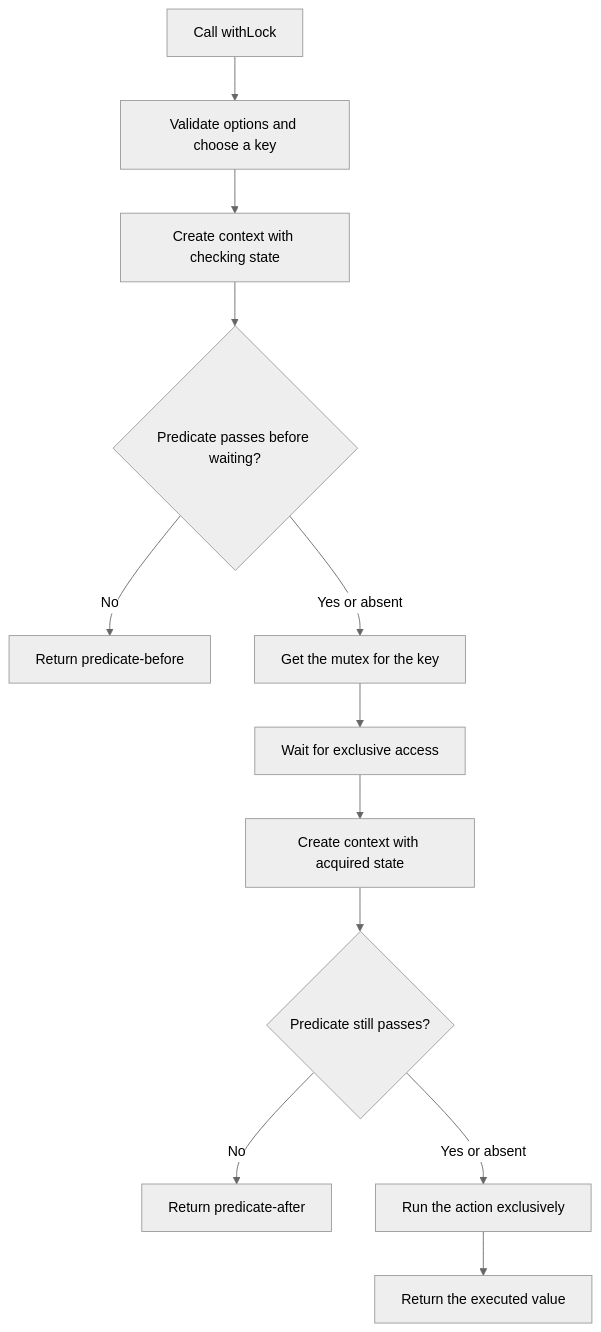
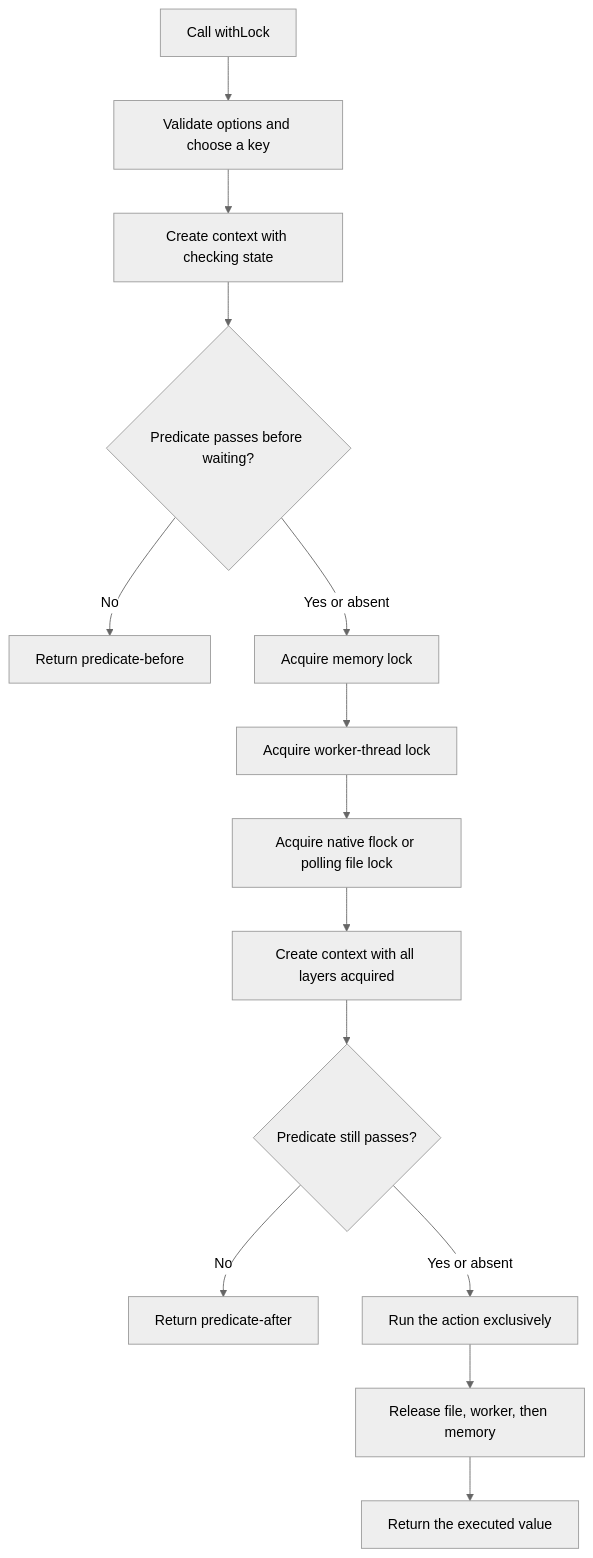
Before and after one commit to regbo/lfp-common: the second of 3 diagrams in README.md, drawn with Mermaid (neutral theme). The commit also changed other lines of this file and 16 other files, not shown here.

````diff
--- a/README.md
+++ b/README.md
@@ -26,14 +75,16 @@
 ```mermaid
 flowchart TD
     call["Call withLock"] --> options["Validate options and choose a key"]
     options --> checking["Create context with checking state"]
     checking --> before{"Predicate passes before waiting?"}
     before -- "No" --> skippedBefore["Return predicate-before"]
-    before -- "Yes or absent" --> mutex["Get the mutex for the key"]
-    mutex --> wait["Wait for exclusive access"]
-    wait --> acquired["Create context with acquired state"]
+    before -- "Yes or absent" --> memory["Acquire memory lock"]
+    memory --> worker["Acquire worker-thread lock"]
+    worker --> file["Acquire native flock or polling file lock"]
+    file --> acquired["Create context with all layers acquired"]
     acquired --> after{"Predicate still passes?"}
     after -- "No" --> skippedAfter["Return predicate-after"]
     after -- "Yes or absent" --> action["Run the action exclusively"]
-    action --> result["Return the executed value"]
+    action --> release["Release file, worker, then memory"]
+    release --> result["Return the executed value"]
 ```
````
